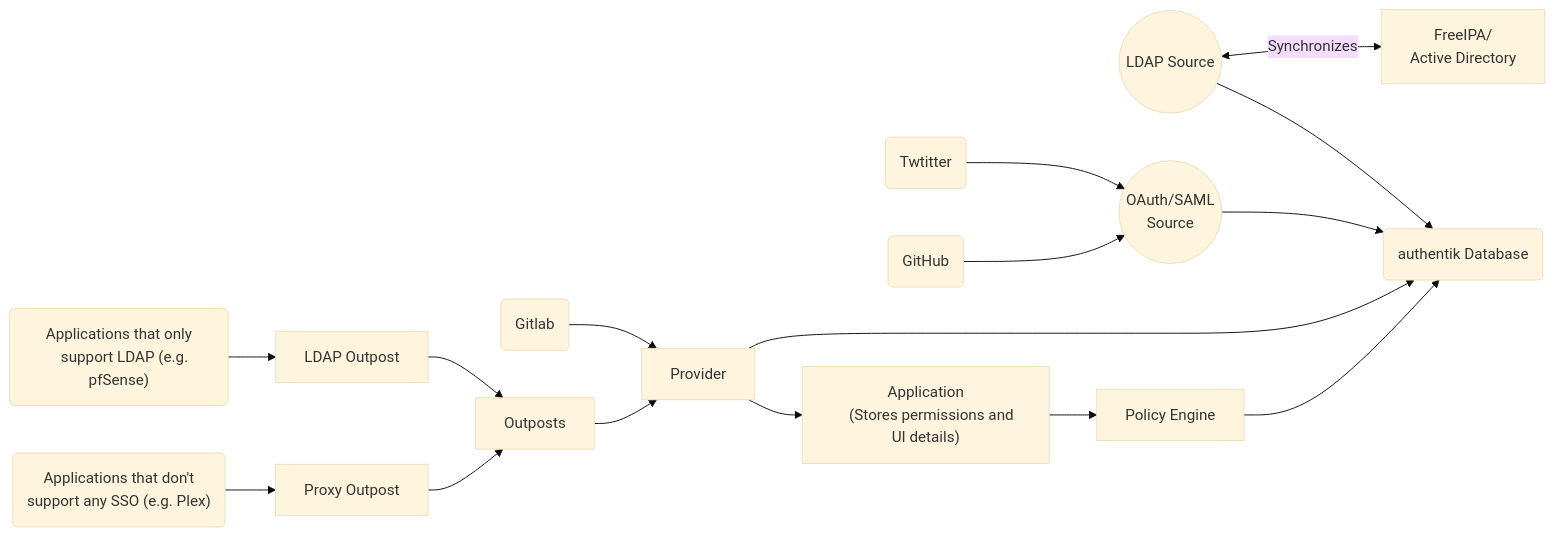
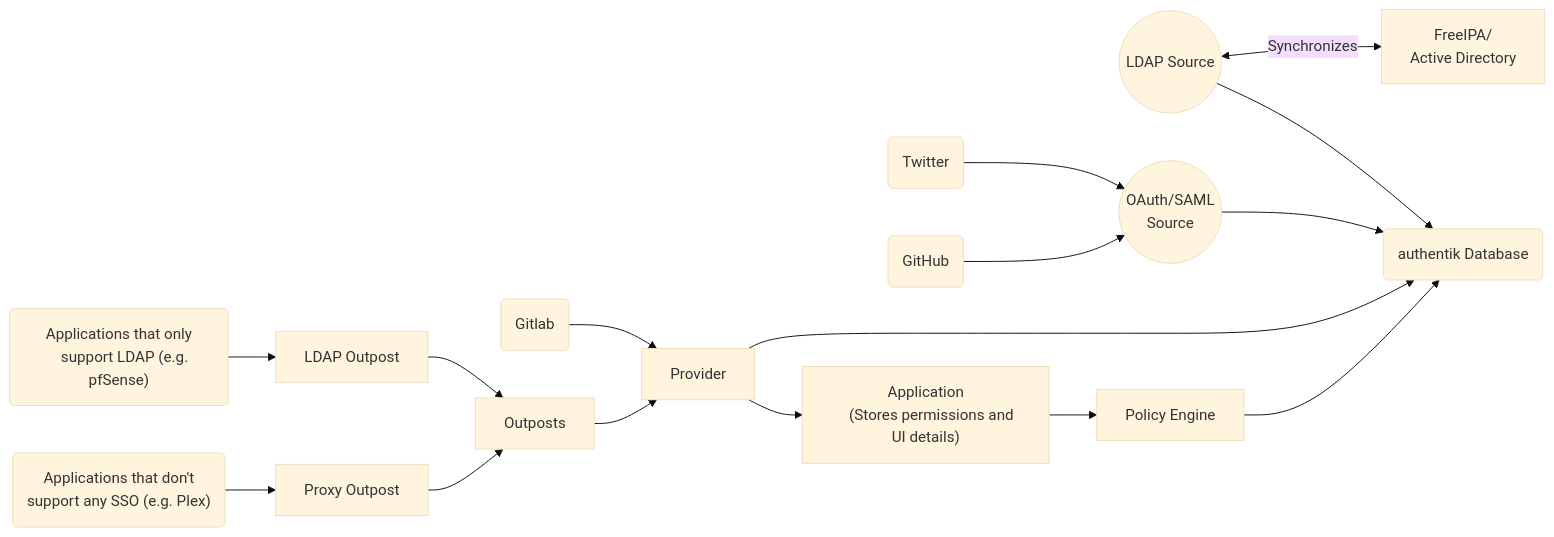
The diagram in website/docs/core/terminology.md (goauthentik/authentik), drawn with Mermaid (base theme) before and after one commit.

````diff
--- a/website/docs/core/terminology.md
+++ b/website/docs/core/terminology.md
@@ -7,24 +7,24 @@
 ```mermaid
 graph LR
     source_ldap((LDAP Source)) <-->|Synchronizes| datasource_ldap["FreeIPA/
     Active Directory"]
-    datasource_oauth1(Twtitter) --> source_oauth((OAuth/SAML\nSource))
+    datasource_oauth1(Twitter) --> source_oauth((OAuth/SAML\nSource))
     datasource_oauth2(GitHub) --> source_oauth((OAuth/SAML\nSource))
     source_oauth --> authentik_db(authentik Database)
     source_ldap --> authentik_db(authentik Database)
 
     app_sso(Gitlab) --> authentik_provider[Provider]
     authentik_provider --> authentik_db
     authentik_provider --> authentik_app["Application
     (Stores permissions and UI details)"]
     authentik_app --> authentik_policy_engine[Policy Engine]
     authentik_policy_engine --> authentik_db
 
     app_ldap("Applications that only
     support LDAP (e.g. pfSense)") --> authentik_outpost_ldap[LDAP Outpost]
     app_proxy("Applications that don't
     support any SSO (e.g. Plex)") --> authentik_outpost_proxy[Proxy Outpost]
     authentik_outpost_ldap --> authentik_outposts[Outposts]
     authentik_outpost_proxy --> authentik_outposts[Outposts]
     authentik_outposts --> authentik_provider
 ```
````
